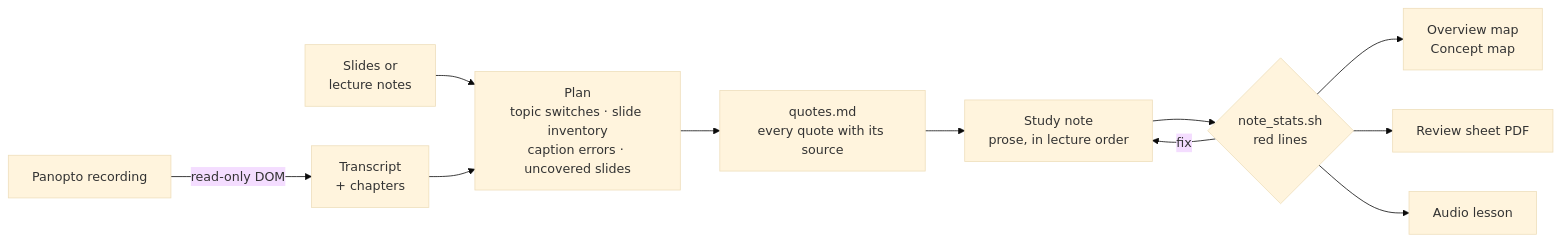
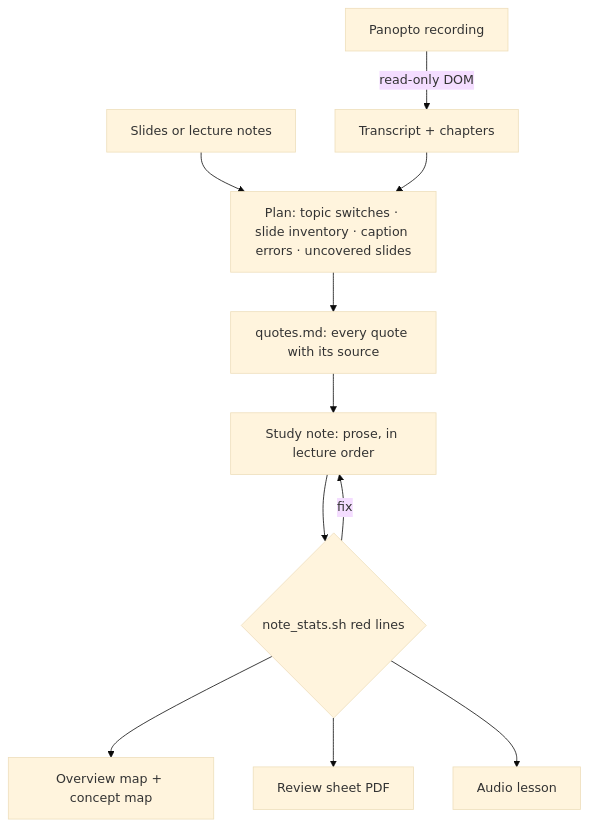
The diagram in README.md (hypersupersheep/lecture-tutor), drawn with Mermaid (base theme) before and after one commit. The commit also changed other lines of this file and 2 other files, not shown here.

Commit message:
README: GitHub math syntax, vertical flowchart, new gallery layout

````diff
--- a/README.md
+++ b/README.md
@@ -85,13 +81,13 @@
 ```mermaid
-flowchart LR
-    rec["Panopto recording"] -->|read-only DOM| tr["Transcript<br/>+ chapters"]
-    slides["Slides or<br/>lecture notes"] --> plan
-    tr --> plan["Plan<br/>topic switches · slide inventory<br/>caption errors · uncovered slides"]
-    plan --> quotes["quotes.md<br/>every quote with its source"]
-    quotes --> note["Study note<br/>prose, in lecture order"]
-    note --> check{"note_stats.sh<br/>red lines"}
+flowchart TD
+    rec["Panopto recording"] -->|read-only DOM| tr["Transcript + chapters"]
+    slides["Slides or lecture notes"] --> plan
+    tr --> plan["Plan: topic switches · slide inventory · caption errors · uncovered slides"]
+    plan --> quotes["quotes.md: every quote with its source"]
+    quotes --> note["Study note: prose, in lecture order"]
+    note --> check{"note_stats.sh red lines"}
     check -->|fix| note
-    check --> maps["Overview map<br/>Concept map"]
+    check --> maps["Overview map + concept map"]
     check --> sheet["Review sheet PDF"]
     check --> audio["Audio lesson"]
 ```
````
